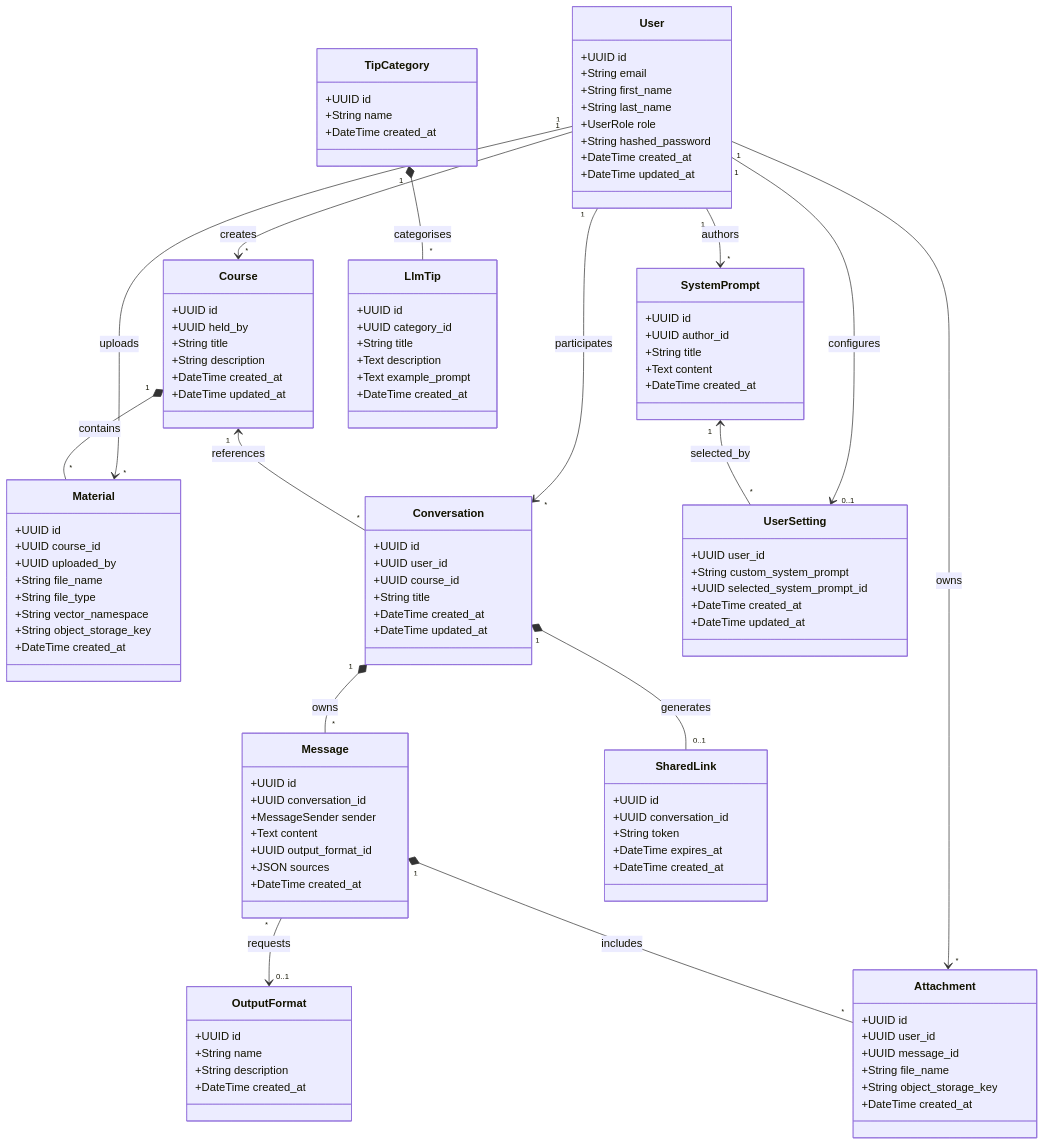
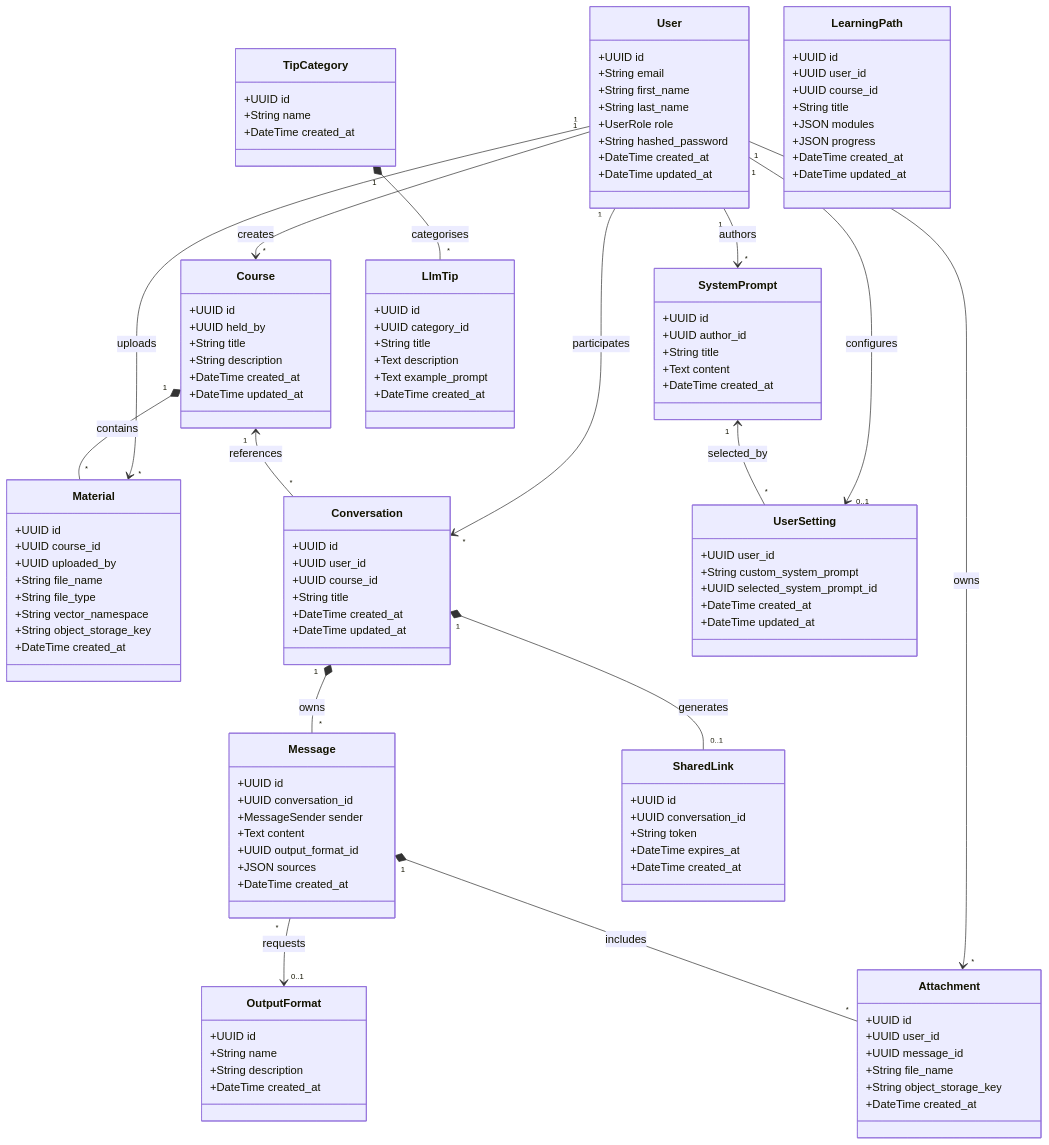
One commit to ULBS-cauci/backend changed the second of 3 diagrams in DATABASE_SCHEMA.md. Above: the diagram before and after it, drawn with Mermaid. The commit also changed other lines of this file and 11 other files, not shown here.

First line of the commit message:
Add course-wide learning path generation

```diff
--- a/DATABASE_SCHEMA.md
+++ b/DATABASE_SCHEMA.md
@@ -275,6 +325,17 @@
         +DateTime updated_at
     }
 
+    class LearningPath {
+        +UUID id
+        +UUID user_id
+        +UUID course_id
+        +String title
+        +JSON modules
+        +JSON progress
+        +DateTime created_at
+        +DateTime updated_at
+    }
+
     %% Relationships as Class Dependencies / Composition
     User "1" --> "*" Course : creates
     User "1" --> "*" SystemPrompt : authors
```
